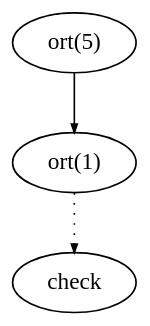
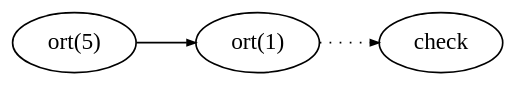
Before and after one commit to kristapsdz/openradtool: the diagram in index-fig1.dot, drawn with Graphviz. The commit also changed 12 other files, not shown here.

```diff
--- a/index-fig1.dot
+++ b/index-fig1.dot
@@ -1,11 +1,12 @@
 digraph {
 	edge [arrowsize="0.5";];
 	bgcolor="transparent";
+	rankdir="LR";
 
 	cfg[label="ort(5)"];
 	bin[label="ort(1)"];
 	out[label="check"];
 
 	cfg -> bin;
 	bin -> out[style="dotted"];
 }
```
